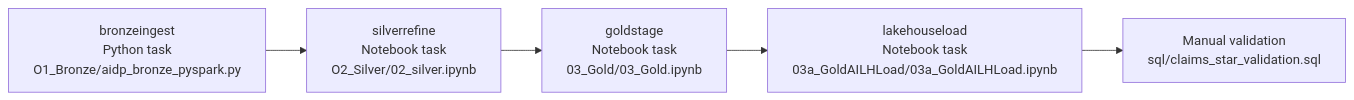
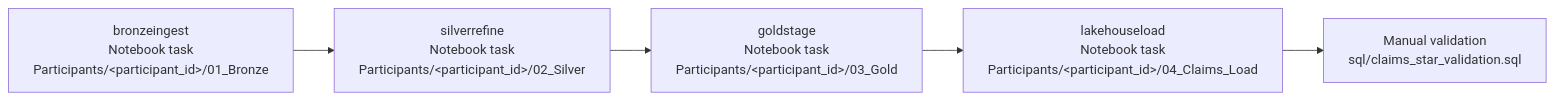
One commit to Jayaramu24/public-healthcare-AIDP-workshop changed the diagram in workflows/aidp_incremental_medallion_workflow.md. Above: the diagram before and after it, drawn with Mermaid. The commit also changed other lines of this file and 6287 other files, not shown here.

Commit message:
Align workshop setup with participant-isolated AIDP flow

````diff
--- a/workflows/aidp_incremental_medallion_workflow.md
+++ b/workflows/aidp_incremental_medallion_workflow.md
@@ -31,7 +31,7 @@
 ```mermaid
 flowchart LR
-  A["bronzeingest<br/>Python task<br/>O1_Bronze/aidp_bronze_pyspark.py"] --> B["silverrefine<br/>Notebook task<br/>O2_Silver/02_silver.ipynb"]
-  B --> C["goldstage<br/>Notebook task<br/>03_Gold/03_Gold.ipynb"]
-  C --> D["lakehouseload<br/>Notebook task<br/>03a_GoldAILHLoad/03a_GoldAILHLoad.ipynb"]
+  A["bronzeingest<br/>Notebook task<br/>Participants/&lt;participant_id&gt;/01_Bronze"] --> B["silverrefine<br/>Notebook task<br/>Participants/&lt;participant_id&gt;/02_Silver"]
+  B --> C["goldstage<br/>Notebook task<br/>Participants/&lt;participant_id&gt;/03_Gold"]
+  C --> D["lakehouseload<br/>Notebook task<br/>Participants/&lt;participant_id&gt;/04_Claims_Load"]
   D --> E["Manual validation<br/>sql/claims_star_validation.sql"]
 ```
````
